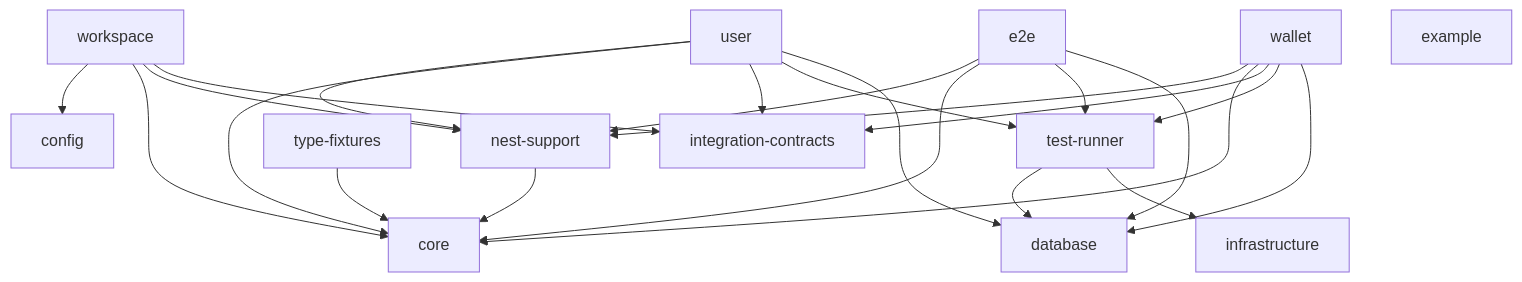
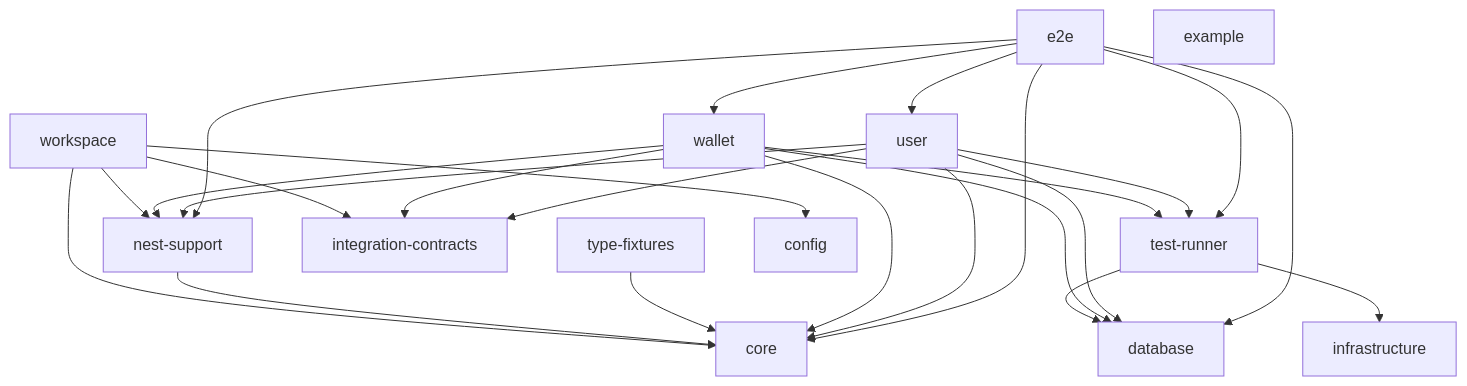
One commit to danilomartinelli/domain-driven-hexagon-scaffold changed the first of 2 diagrams in docs/nx-workspace.md. Above: the diagram before and after it, drawn with Mermaid. The commit also changed other lines of this file and 30 other files, not shown here.

````diff
--- a/docs/nx-workspace.md
+++ b/docs/nx-workspace.md
@@ -43,26 +43,28 @@
 ```mermaid
 graph TD
   e2e --> nest-support
   e2e --> core
   e2e --> test-runner
   e2e --> database
+  e2e --> user
+  e2e --> wallet
   user --> nest-support
   user --> core
   user --> integration-contracts
   user --> test-runner
   user --> database
   wallet --> nest-support
   wallet --> core
   wallet --> integration-contracts
   wallet --> test-runner
   wallet --> database
   test-runner --> database
   test-runner --> infrastructure
   type-fixtures --> core
   nest-support --> core
   workspace --> config
   workspace --> core
   workspace --> nest-support
   workspace --> integration-contracts
   example
 ```
````
